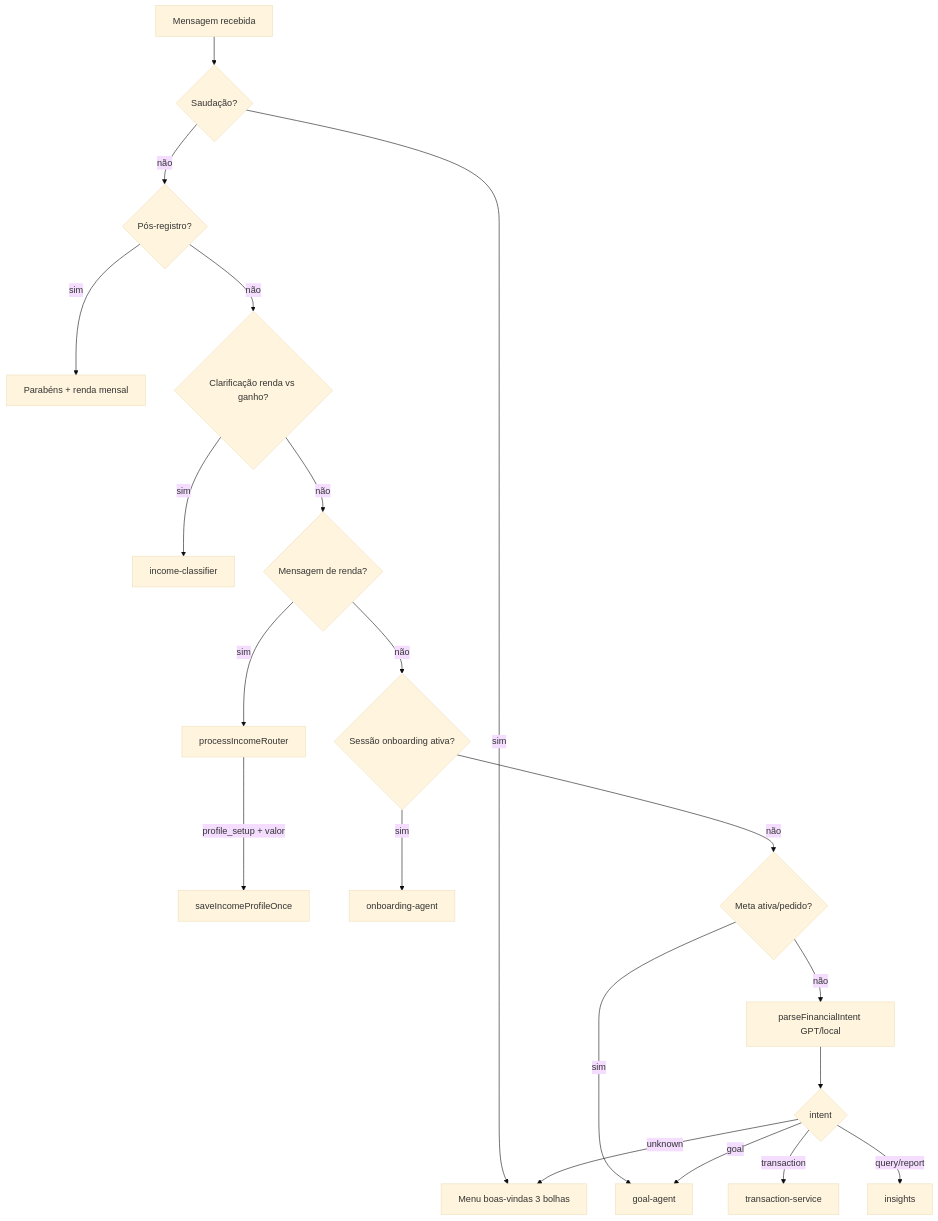
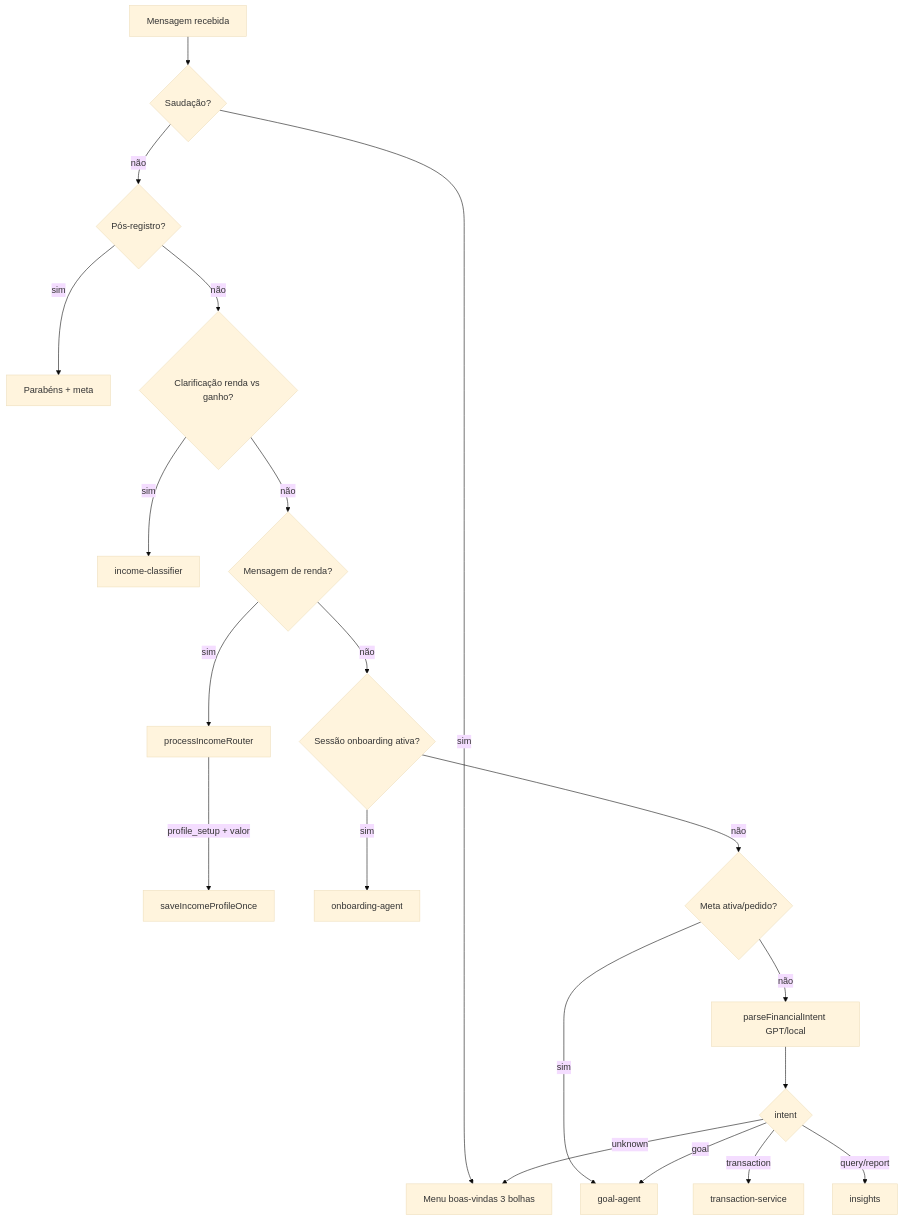
Before and after one commit to visaobusinesstech/CONTROLAAIGastosDeploy: the fourth of 4 diagrams in TCC_DOCUMENTACAO.md, drawn with Mermaid (base theme). The commit also changed other lines of this file and 26 other files, not shown here.

````diff
--- a/TCC_DOCUMENTACAO.md
+++ b/TCC_DOCUMENTACAO.md
@@ -1160,22 +851,22 @@
 ```mermaid
 flowchart TD
   A[Mensagem recebida] --> B{Saudação?}
   B -->|sim| W[Menu boas-vindas 3 bolhas]
   B -->|não| C{Pós-registro?}
-  C -->|sim| PR[Parabéns + renda mensal]
+  C -->|sim| PR[Parabéns + meta]
   C -->|não| D{Clarificação renda vs ganho?}
   D -->|sim| IC[income-classifier]
   D -->|não| E{Mensagem de renda?}
   E -->|sim| IR[processIncomeRouter]
   IR -->|profile_setup + valor| S1[saveIncomeProfileOnce]
   E -->|não| F{Sessão onboarding ativa?}
   F -->|sim| OB[onboarding-agent]
   F -->|não| G{Meta ativa/pedido?}
   G -->|sim| GA[goal-agent]
   G -->|não| H[parseFinancialIntent GPT/local]
   H --> I{intent}
   I -->|transaction| TS[transaction-service]
   I -->|query/report| INS[insights]
   I -->|goal| GA
   I -->|unknown| W
 ```
````
